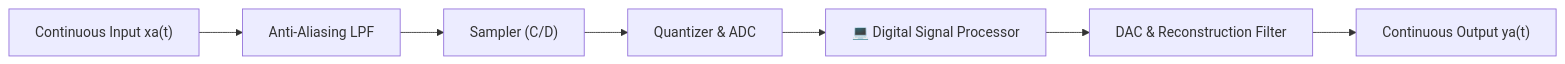
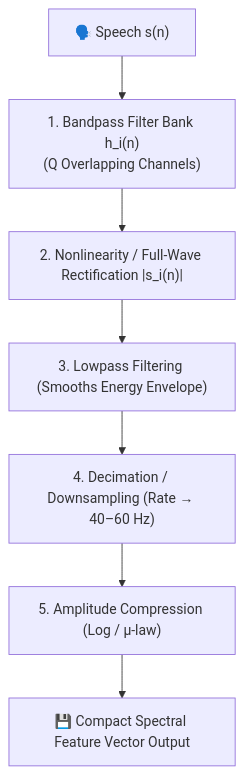
Before and after one commit to Anubhab912/Speech-and-Video-Processing: the seventh of 8 diagrams in Module_1_Speech_Processing_Concepts/Question_Bank_SAQ_LAQ_Solutions.md, drawn with Mermaid. The commit also changed other lines of this file, not shown here.

Commit message:
Format Module 1 Master Question Bank solutions as comprehensive 5-mark university answers with embedded diagrams and solved numericals

````diff
--- a/Module_1_Speech_Processing_Concepts/Question_Bank_SAQ_LAQ_Solutions.md
+++ b/Module_1_Speech_Processing_Concepts/Question_Bank_SAQ_LAQ_Solutions.md
@@ -696,9 +1285,9 @@
 ```mermaid
-flowchart LR
-    A["Continuous Input xa(t)"] --> B["Anti-Aliasing LPF"]
-    B --> C["Sampler (C/D)"]
-    C --> D["Quantizer & ADC"]
-    D --> E["💻 Digital Signal Processor"]
-    E --> F["DAC & Reconstruction Filter"]
-    F --> G["Continuous Output ya(t)"]
+flowchart TD
+    A["🗣️ Speech s(n)"] --> B["1. Bandpass Filter Bank h_i(n)\n(Q Overlapping Channels)"]
+    B --> C["2. Nonlinearity / Full-Wave Rectification |s_i(n)|"]
+    C --> D["3. Lowpass Filtering (Smooths Energy Envelope)"]
+    D --> E["4. Decimation / Downsampling (Rate → 40–60 Hz)"]
+    E --> F["5. Amplitude Compression (Log / µ-law)"]
+    F --> G["💾 Compact Spectral Feature Vector Output"]
 ```
````
